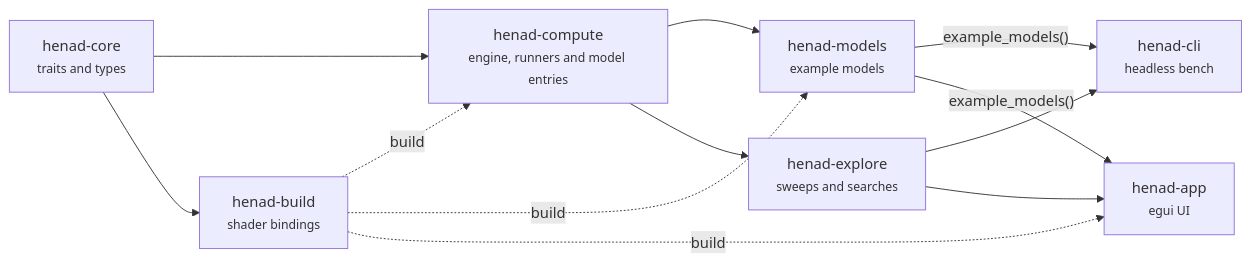
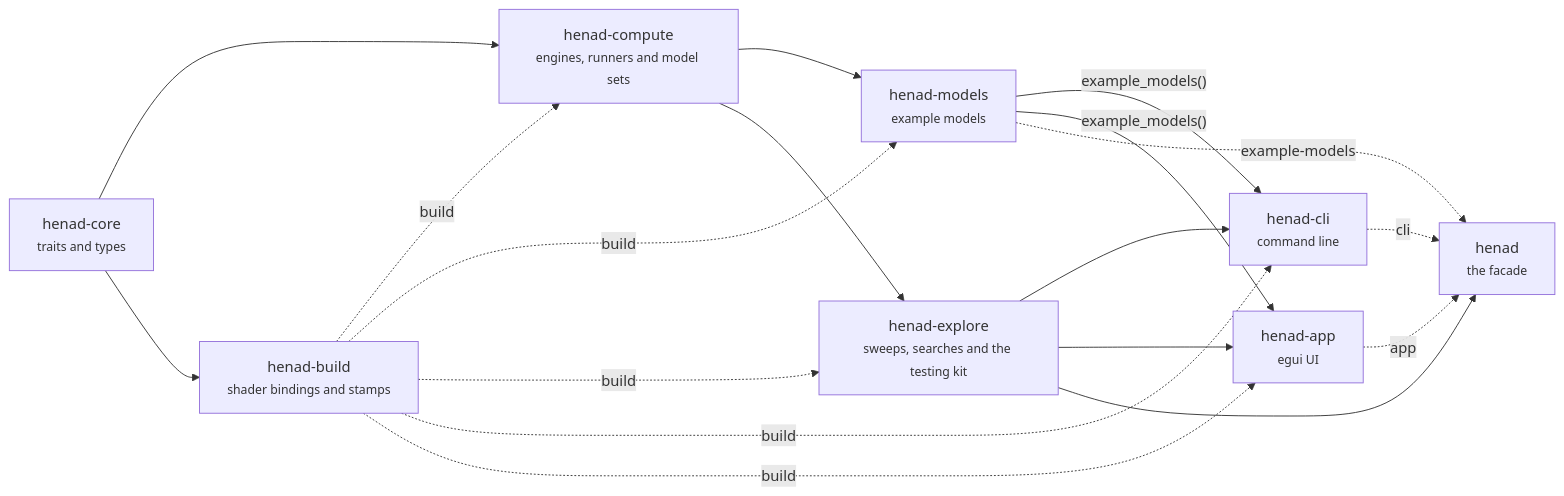
One commit to micfong-z/henad changed the diagram in docs/developing/architecture.md. Above: the diagram before and after it, drawn with Mermaid. The commit also changed other lines of this file and 42 other files, not shown here.

````diff
--- a/docs/developing/architecture.md
+++ b/docs/developing/architecture.md
@@ -14,14 +15,20 @@
 ```mermaid
 graph LR
-  core["henad-core<br/><small>traits and types</small>"] --> compute["henad-compute<br/><small>engine, runners and model entries</small>"]
-  core --> build["henad-build<br/><small>shader bindings</small>"]
+  core["henad-core<br/><small>traits and types</small>"] --> compute["henad-compute<br/><small>engines, runners and model sets</small>"]
+  core --> build["henad-build<br/><small>shader bindings and stamps</small>"]
   build -. "build" .-> compute
   build -. "build" .-> models
+  build -. "build" .-> explore
+  build -. "build" .-> cli
   build -. "build" .-> app
   compute --> models["henad-models<br/><small>example models</small>"]
-  compute --> explore["henad-explore<br/><small>sweeps and searches</small>"]
-  explore --> cli["henad-cli<br/><small>headless bench</small>"]
+  compute --> explore["henad-explore<br/><small>sweeps, searches and the testing kit</small>"]
+  explore --> cli["henad-cli<br/><small>command line</small>"]
   explore --> app["henad-app<br/><small>egui UI</small>"]
   models -- "example_models()" --> cli
   models -- "example_models()" --> app
+  explore --> facade["henad<br/><small>the facade</small>"]
+  models -. "example-models" .-> facade
+  cli -. "cli" .-> facade
+  app -. "app" .-> facade
 ```
````
